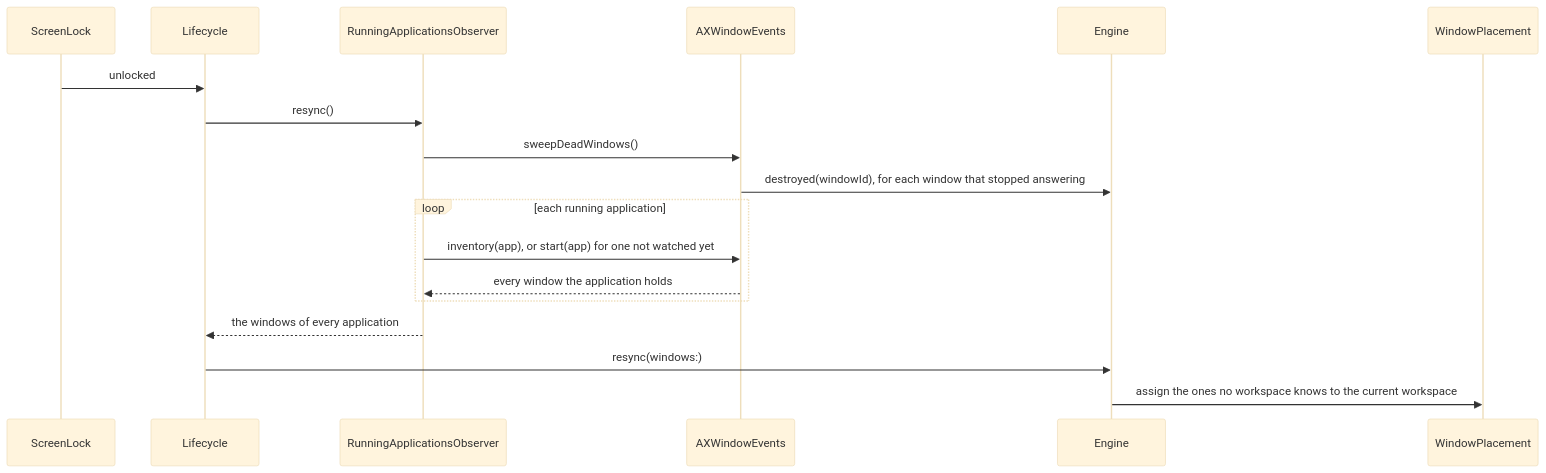
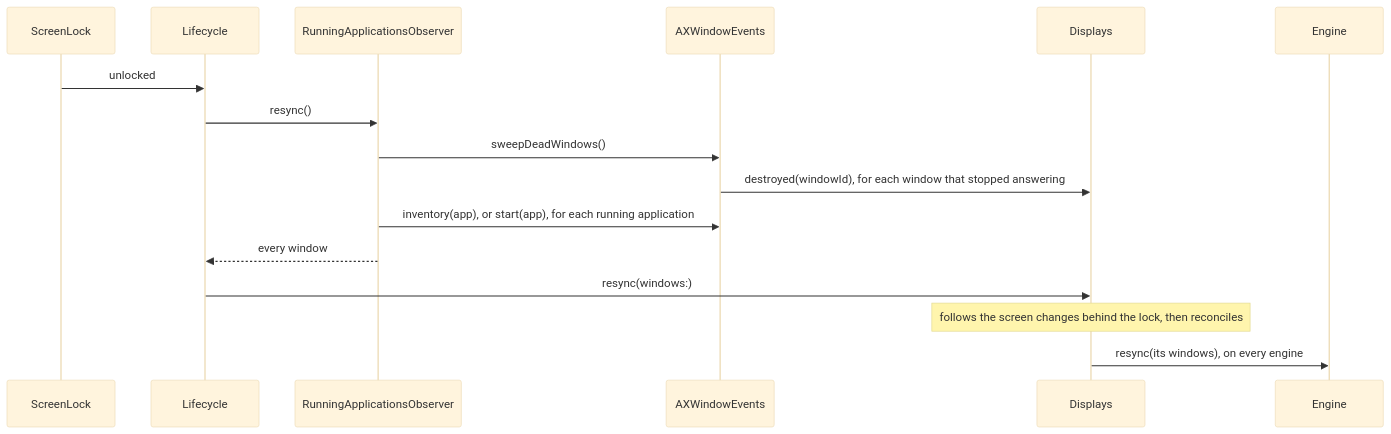
Before and after one commit to brennovich/ottowm: diagram 22 of 25 in ARCHITECTURE.md, drawn with Mermaid (base theme). The commit also changed other lines of this file and 71 other files, not shown here.

First line of the commit message:
Run one engine and one Pager per display

````diff
--- a/ARCHITECTURE.md
+++ b/ARCHITECTURE.md
@@ -456,14 +509,12 @@
 ```mermaid
 sequenceDiagram
     ScreenLock->>Lifecycle: unlocked
     Lifecycle->>RunningApplicationsObserver: resync()
     RunningApplicationsObserver->>AXWindowEvents: sweepDeadWindows()
-    AXWindowEvents->>Engine: destroyed(windowId), for each window that stopped answering
-    loop each running application
-        RunningApplicationsObserver->>AXWindowEvents: inventory(app), or start(app) for one not watched yet
-        AXWindowEvents-->>RunningApplicationsObserver: every window the application holds
-    end
-    RunningApplicationsObserver-->>Lifecycle: the windows of every application
-    Lifecycle->>Engine: resync(windows:)
-    Engine->>WindowPlacement: assign the ones no workspace knows to the current workspace
+    AXWindowEvents->>Displays: destroyed(windowId), for each window that stopped answering
+    RunningApplicationsObserver->>AXWindowEvents: inventory(app), or start(app), for each running application
+    RunningApplicationsObserver-->>Lifecycle: every window
+    Lifecycle->>Displays: resync(windows:)
+    Note over Displays: follows the screen changes behind the lock, then reconciles
+    Displays->>Engine: resync(its windows), on every engine
 ```
````
